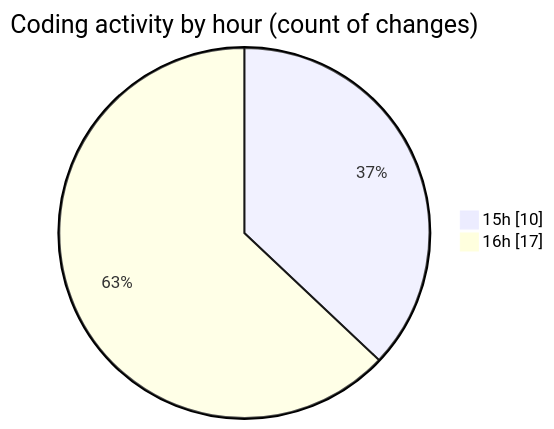
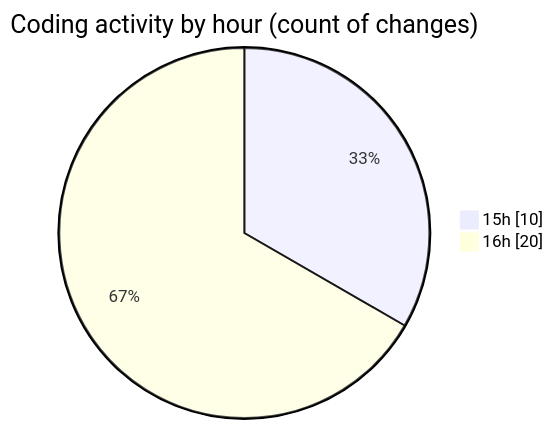
One commit to Ritupan-Deka/code-tracking changed the second of 2 diagrams in 2025-06-26/webapp/README.md. Above: the diagram before and after it, drawn with Mermaid. The commit also changed other lines of this file and 1 other file, not shown here.

````diff
--- a/2025-06-26/webapp/README.md
+++ b/2025-06-26/webapp/README.md
@@ -36,6 +36,6 @@
 ```mermaid
 pie showData
 title Coding activity by hour (count of changes)
 "15h" : 10
-"16h" : 17
+"16h" : 20
 ```
````
